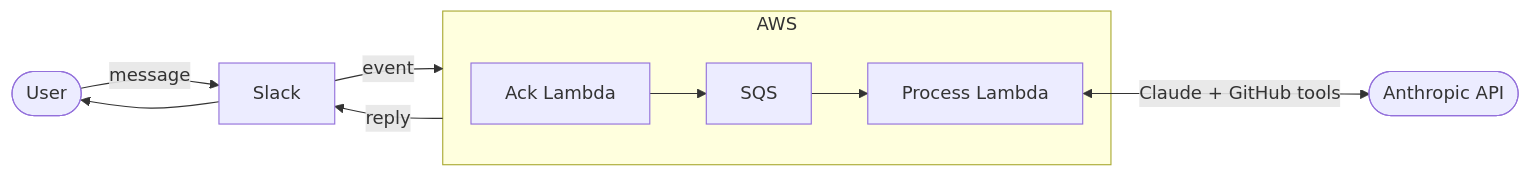
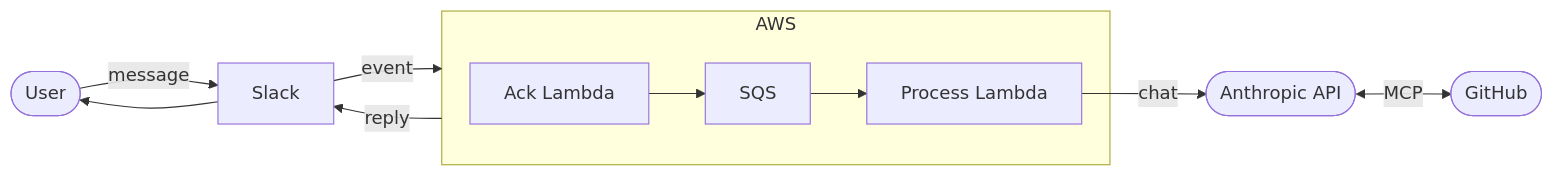
One commit to alecryan88/slack_bot changed the first of 2 diagrams in README.md. Above: the diagram before and after it, drawn with Mermaid.

````diff
--- a/README.md
+++ b/README.md
@@ -7,13 +7,14 @@
 ```mermaid
 flowchart LR
     User([User]) -->|message| Slack
     Slack -->|event| AWS
     AWS -->|reply| Slack
     Slack --> User
 
     subgraph AWS
         Ack[Ack Lambda] --> SQS --> Process[Process Lambda]
     end
 
-    Process <-->|Claude + GitHub tools| Anthropic([Anthropic API])
+    Process -->|chat| Anthropic([Anthropic API])
+    Anthropic <-->|MCP| GitHub([GitHub])
 ```
````
